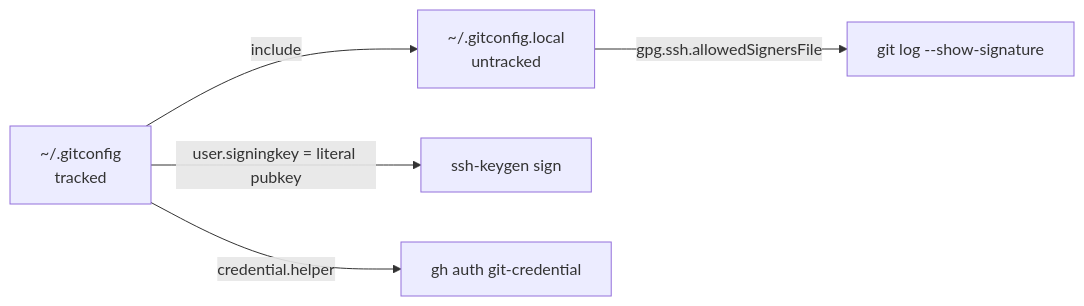
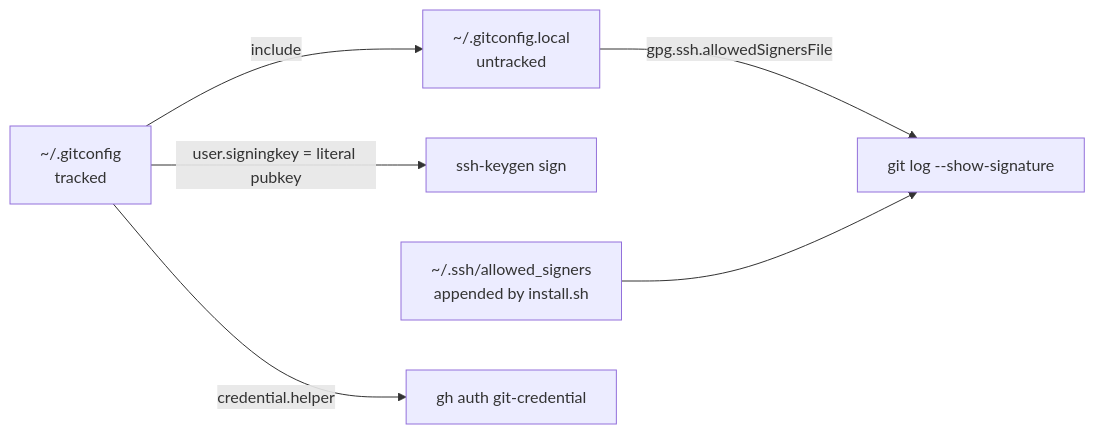
Before and after one commit to maltemindedal/dotfiles: the diagram in docs/architecture/overview.md, drawn with Mermaid. The commit also changed other lines of this file and 11 other files, not shown here.

First line of the commit message:
install.sh: set up ssh commit signing except the private key

````diff
--- a/docs/architecture/overview.md
+++ b/docs/architecture/overview.md
@@ -58,7 +62,8 @@
 ```mermaid
 flowchart LR
     A[~/.gitconfig<br/>tracked] -->|include| B[~/.gitconfig.local<br/>untracked]
     A -->|user.signingkey = literal pubkey| C[ssh-keygen sign]
     B -->|gpg.ssh.allowedSignersFile| D[git log --show-signature]
+    F[~/.ssh/allowed_signers<br/>appended by install.sh] --> D
     A -->|credential.helper| E[gh auth git-credential]
 ```
````
